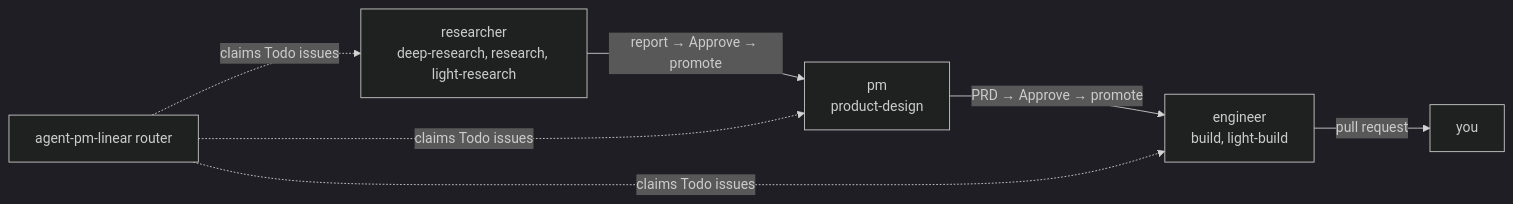
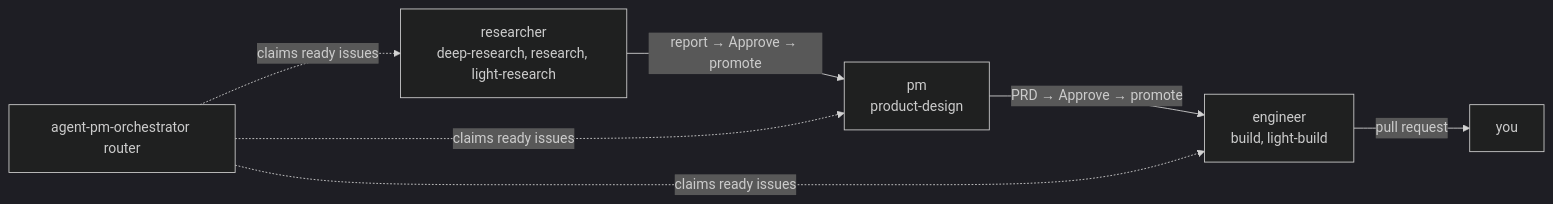
One commit to ophis/agent-pm changed the diagram in README.md. Above: the diagram before and after it, drawn with Mermaid (dark theme). The commit also changed other lines of this file and 491 other files, not shown here.

````diff
--- a/README.md
+++ b/README.md
@@ -15,6 +15,6 @@
 ```mermaid
 flowchart LR
     R["researcher<br>deep-research, research, light-research"] -->|"report → Approve → promote"| P["pm<br>product-design"]
     P -->|"PRD → Approve → promote"| E["engineer<br>build, light-build"] -->|pull request| Y[you]
-    T[agent-pm-linear router] -.->|claims Todo issues| R & P & E
+    T[agent-pm-orchestrator router] -.->|claims ready issues| R & P & E
 ```
````
